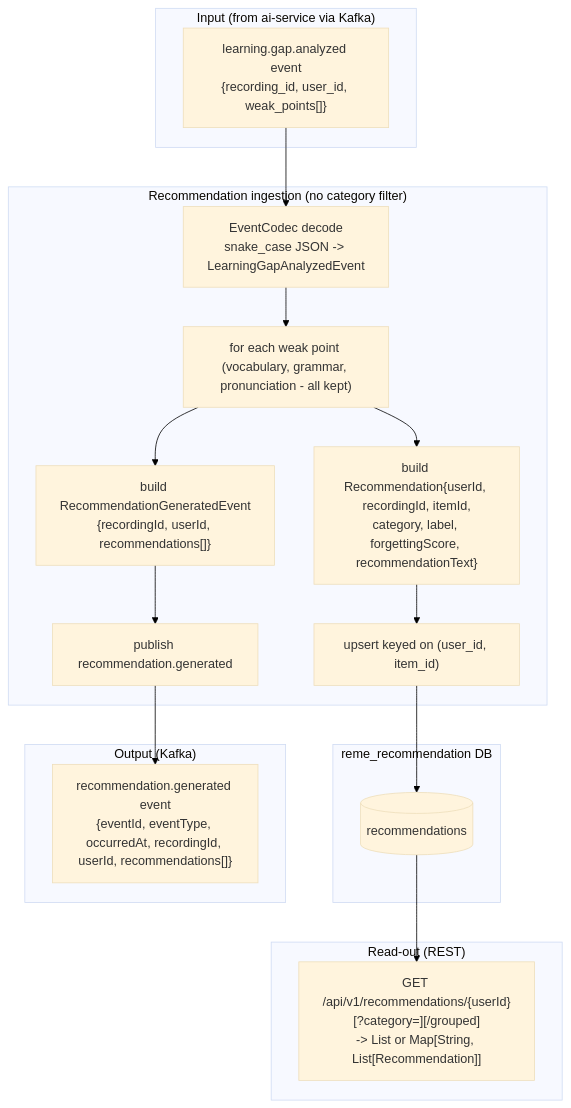
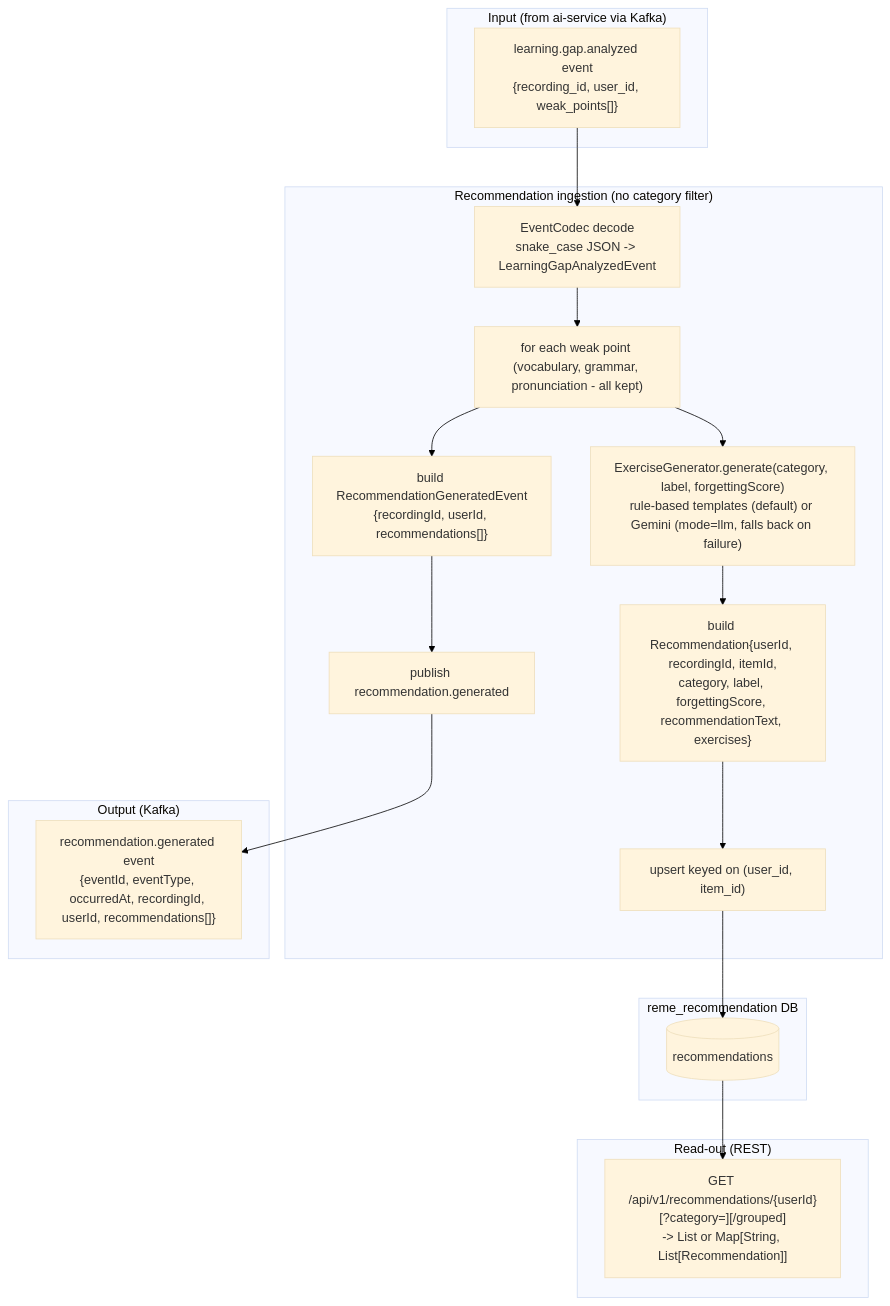
The diagram in docs/flow/recommendation-service-data-flow.md (CuongNguyen13/RemeLearning), drawn with Mermaid before and after one commit. The commit also changed other lines of this file and 239 other files, not shown here.

````diff
--- a/docs/flow/recommendation-service-data-flow.md
+++ b/docs/flow/recommendation-service-data-flow.md
@@ -12,39 +12,40 @@
 ```mermaid
 ---
 config:
   theme: base
   themeVariables:
     background: '#ffffff'
 ---
 flowchart TD
     subgraph Input["Input (from ai-service via Kafka)"]
         LGAEvent["learning.gap.analyzed event<br/>{recording_id, user_id, weak_points[]}"]
     end
 
     subgraph RecFlow["Recommendation ingestion (no category filter)"]
         Decode["EventCodec decode<br/>snake_case JSON -> LearningGapAnalyzedEvent"]
         Loop["for each weak point (vocabulary, grammar, pronunciation - all kept)"]
-        Build["build Recommendation{userId, recordingId, itemId,<br/>category, label, forgettingScore, recommendationText}"]
+        ExerciseGen["ExerciseGenerator.generate(category, label, forgettingScore)<br/>rule-based templates (default) or Gemini (mode=llm, falls back on failure)"]
+        Build["build Recommendation{userId, recordingId, itemId,<br/>category, label, forgettingScore, recommendationText, exercises}"]
         Upsert["upsert keyed on (user_id, item_id)"]
         BuildEvent["build RecommendationGeneratedEvent<br/>{recordingId, userId, recommendations[]}"]
         Publish["publish recommendation.generated"]
     end
 
     subgraph Storage["reme_recommendation DB"]
         T1[("recommendations")]
     end
 
     subgraph Output["Output (Kafka)"]
         RGEvent["recommendation.generated event<br/>{eventId, eventType, occurredAt, recordingId, userId, recommendations[]}"]
     end
 
     subgraph ReadOut["Read-out (REST)"]
         GetRec["GET /api/v1/recommendations/{userId}[?category=][/grouped]<br/>-> List or Map[String, List[Recommendation]]"]
     end
 
     LGAEvent --> Decode --> Loop
-    Loop --> Build --> Upsert --> T1
+    Loop --> ExerciseGen --> Build --> Upsert --> T1
     Loop --> BuildEvent --> Publish --> RGEvent
 
     T1 --> GetRec
 ```
````
